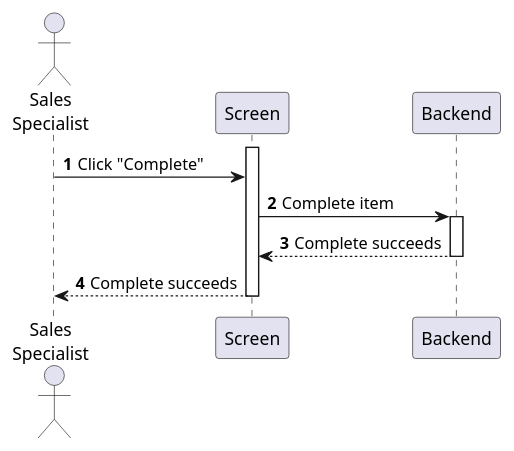
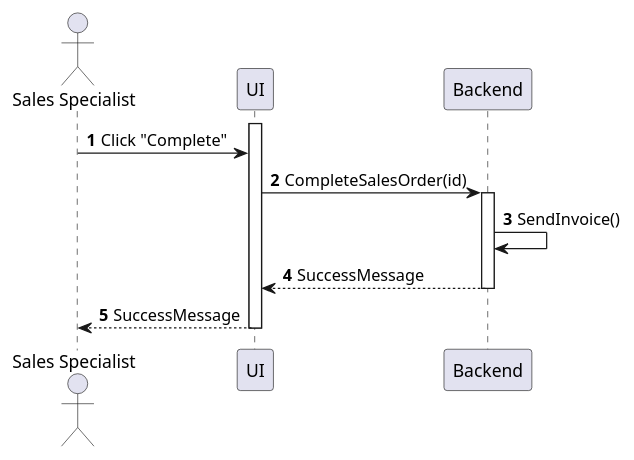
The diagram in sequences/sales-order-complete.plantuml (phihungha/scmss-reqs), drawn with PlantUML before and after one commit. The commit also changed 17 other files, not shown here.

Commit message:
Improve sales sequences

```diff
--- a/sequences/sales-order-complete.plantuml
+++ b/sequences/sales-order-complete.plantuml
@@ -1,15 +1,16 @@
 @startuml sales-order-complete
 autonumber
 
-actor "Sales\nSpecialist" as a
-participant Screen as f
+actor "Sales Specialist" as a
+participant UI as f
 participant Backend as b
 
 activate f
 a -> f : Click "Complete"
-f -> b : Complete item
+f -> b : CompleteSalesOrder(id)
 activate b
-return Complete succeeds
-f --> a : Complete succeeds
+b -> b : SendInvoice()
+return SuccessMessage
+f --> a : SuccessMessage
 deactivate f
 @enduml
```
